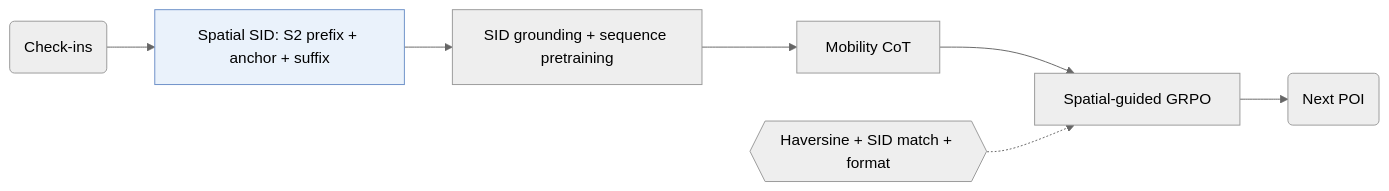
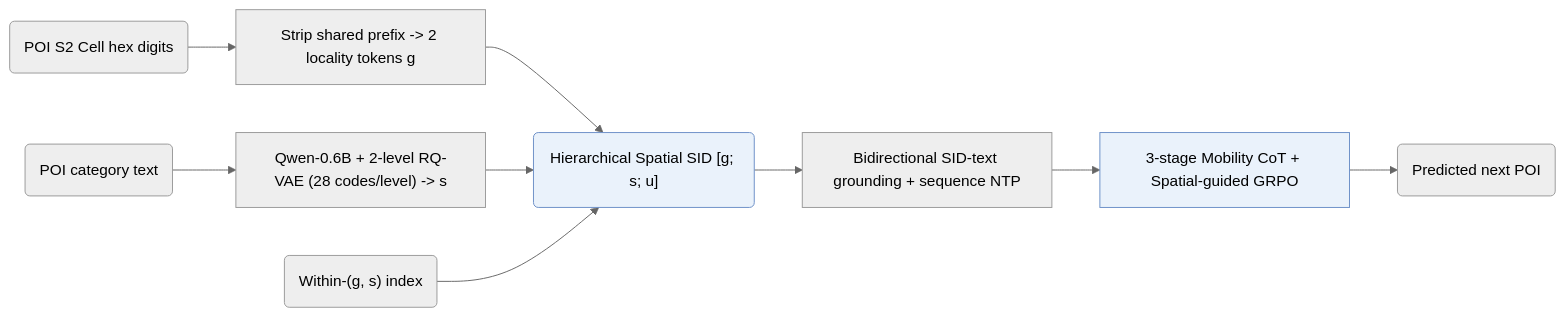
Before and after one commit to Galaxy-ghost/Awesome-SID-Generative-Rec: the first of 2 diagrams in notes/ros.md, drawn with Mermaid (neutral theme). The commit also changed other lines of this file and 649 other files, not shown here.

Commit message:
writer-05: also tags and modality index (schema, check, build, visuals); summary field removed; calibration data for 12 papers

````diff
--- a/notes/ros.md
+++ b/notes/ros.md
@@ -14,10 +14,12 @@
 ```mermaid
 flowchart LR
-    A("Check-ins") --> B["Spatial SID: S2 prefix + anchor + suffix"]:::key
-    B --> C["SID grounding + sequence pretraining"]
-    C --> D["Mobility CoT"]
-    D --> E["Spatial-guided GRPO"]
-    L1{{"Haversine + SID match + format"}} -.-> E
-    E --> F("Next POI")
+    G1("POI S2 Cell hex digits") --> G2["Strip shared prefix -> 2 locality tokens g"]
+    S1("POI category text") --> S2["Qwen-0.6B + 2-level RQ-VAE (28 codes/level) -> s"]
+    G2 --> B("Hierarchical Spatial SID [g; s; u]"):::key
+    S2 --> B
+    U1("Within-(g, s) index") --> B
+    B --> C["Bidirectional SID-text grounding + sequence NTP"]
+    C --> D["3-stage Mobility CoT + Spatial-guided GRPO"]:::key
+    D --> F("Predicted next POI")
     classDef key fill:#eaf2fb,stroke:#6b8fc7
 ```
````
